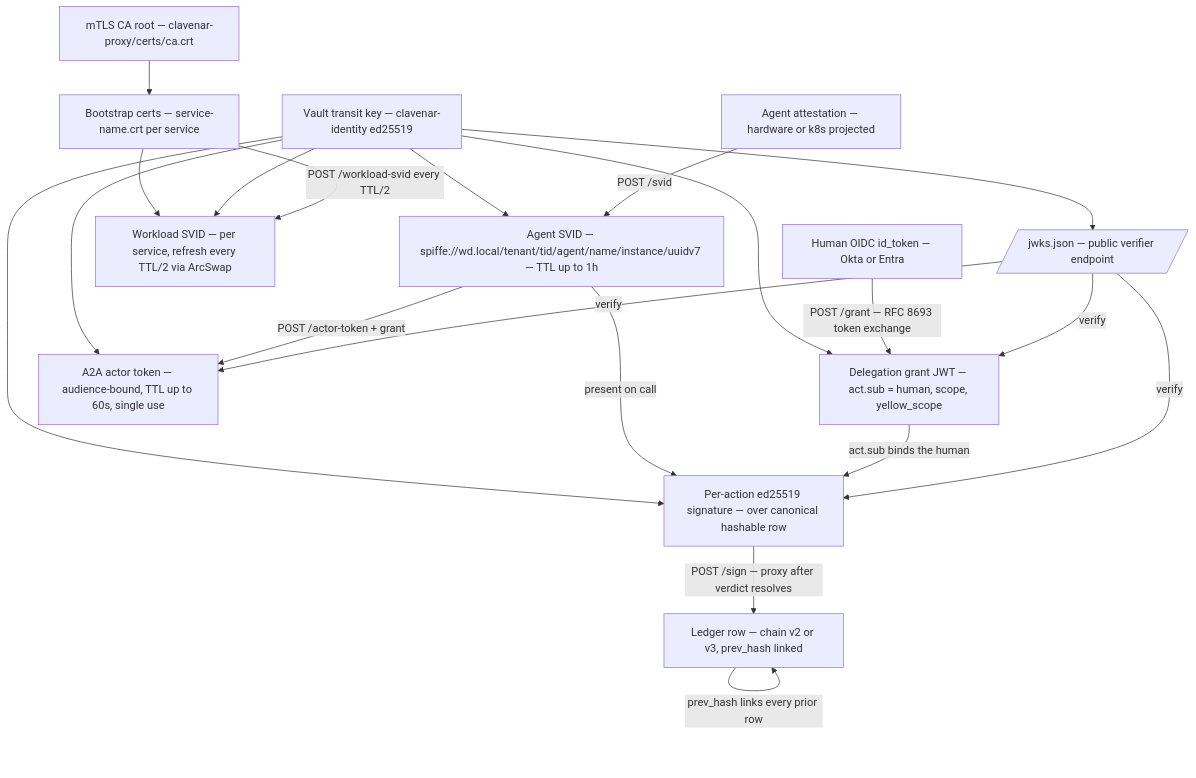
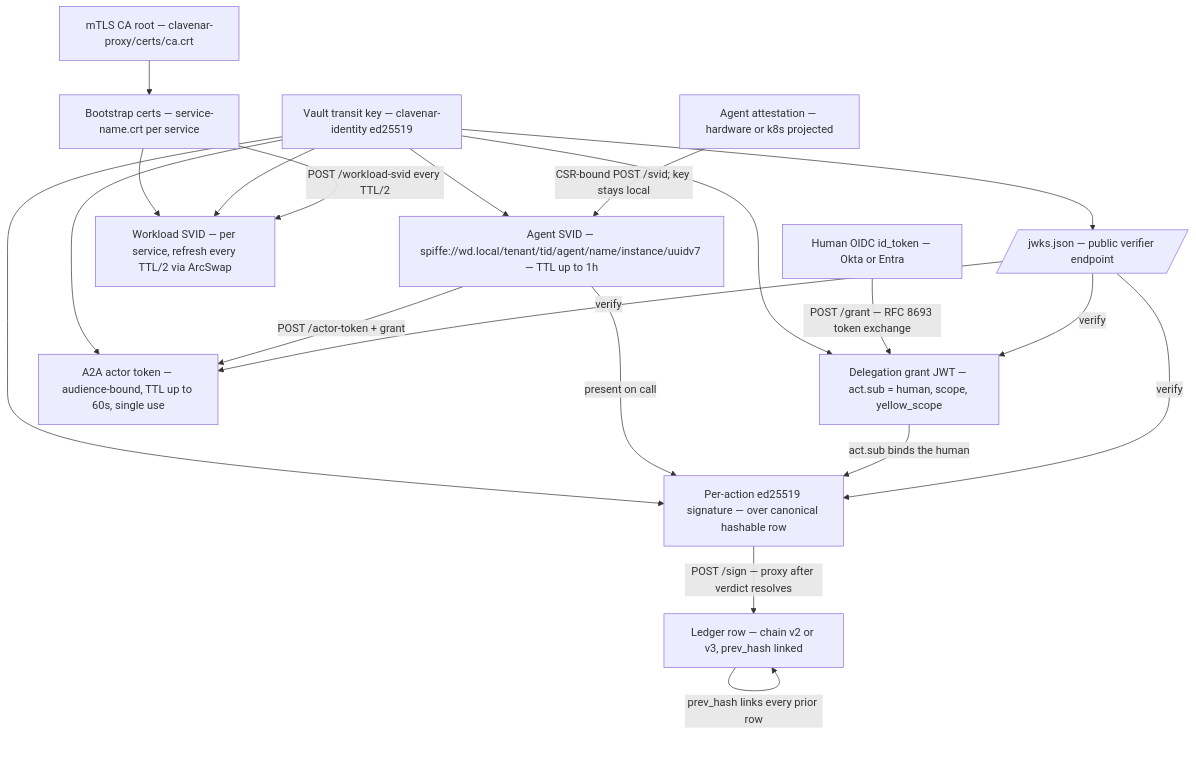
The fifth of 5 diagrams in docs/ARCHITECTURE.md (clavenar/clavenar-specs), drawn with Mermaid before and after one commit. The commit also changed other lines of this file and 2 other files, not shown here.

Commit message:
specify csr-bound agent svid issuance

````diff
--- a/docs/ARCHITECTURE.md
+++ b/docs/ARCHITECTURE.md
@@ -269,41 +269,41 @@
 ```mermaid
 flowchart TD
   CA[mTLS CA root — clavenar-proxy/certs/ca.crt]
   Vault[Vault transit key — clavenar-identity ed25519]
 
   Bootstrap[Bootstrap certs — service-name.crt per service]
   AgentAttest[Agent attestation — hardware or k8s projected]
   HumanOIDC[Human OIDC id_token — Okta or Entra]
 
   SVID[Agent SVID — spiffe://wd.local/tenant/tid/agent/name/instance/uuidv7 — TTL up to 1h]
   Grant[Delegation grant JWT — act.sub = human, scope, yellow_scope]
   ActorToken[A2A actor token — audience-bound, TTL up to 60s, single use]
   WorkloadSVID[Workload SVID — per service, refresh every TTL/2 via ArcSwap]
   Sign[Per-action ed25519 signature — over canonical hashable row]
   LedgerRow[Ledger row — chain v2 or v3, prev_hash linked]
 
   JWKS[/jwks.json — public verifier endpoint/]
 
   CA --> Bootstrap
   Bootstrap --> WorkloadSVID
   Vault --> SVID
   Vault --> Grant
   Vault --> ActorToken
   Vault --> WorkloadSVID
   Vault --> Sign
 
-  AgentAttest -->|POST /svid| SVID
+  AgentAttest -->|CSR-bound POST /svid; key stays local| SVID
   HumanOIDC -->|POST /grant — RFC 8693 token exchange| Grant
   SVID -->|POST /actor-token + grant| ActorToken
   Bootstrap -->|POST /workload-svid every TTL/2| WorkloadSVID
 
   SVID -->|present on call| Sign
   Grant -->|act.sub binds the human| Sign
   Sign -->|POST /sign — proxy after verdict resolves| LedgerRow
   LedgerRow -->|prev_hash links every prior row| LedgerRow
 
   Vault --> JWKS
   JWKS -->|verify| Sign
   JWKS -->|verify| Grant
   JWKS -->|verify| ActorToken
 ```
````
